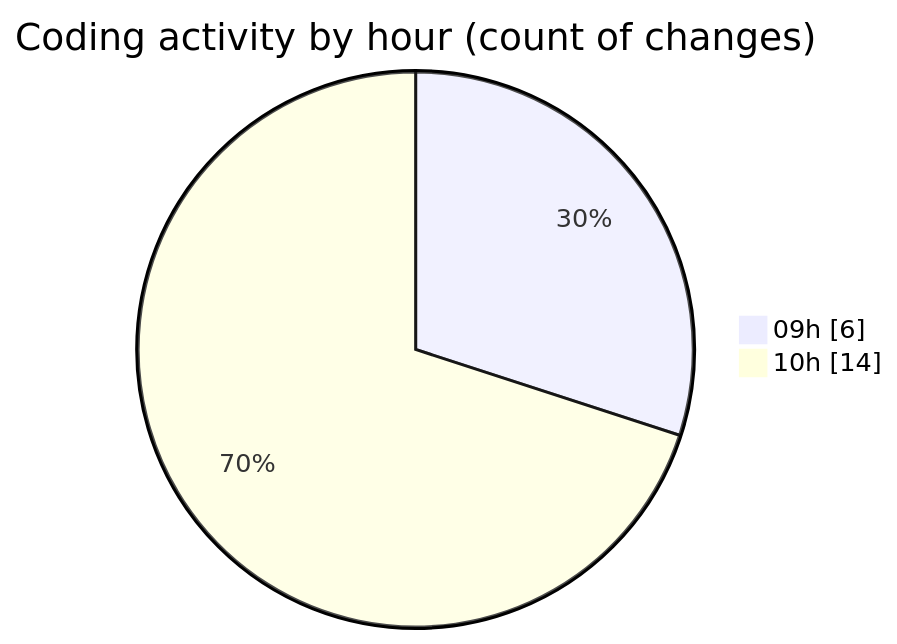
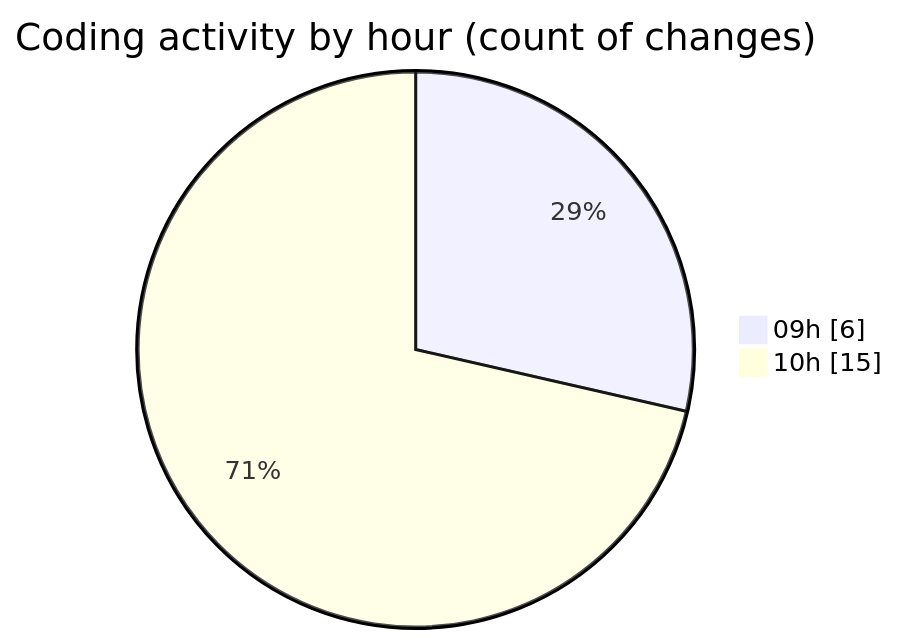
The second of 2 diagrams in 2025-03-27/cda/README.md (momahboobian/code-tracking), drawn with Mermaid before and after one commit. The commit also changed other lines of this file and 1 other file, not shown here.

````diff
--- a/2025-03-27/cda/README.md
+++ b/2025-03-27/cda/README.md
@@ -28,6 +28,6 @@
 ```mermaid
 pie showData
 title Coding activity by hour (count of changes)
 "09h" : 6
-"10h" : 14
+"10h" : 15
 ```
````
